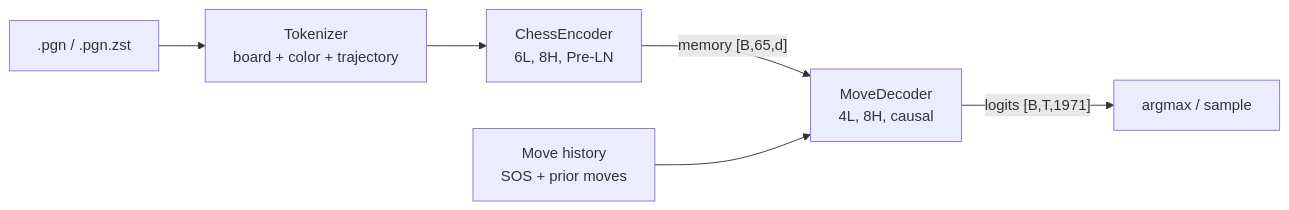
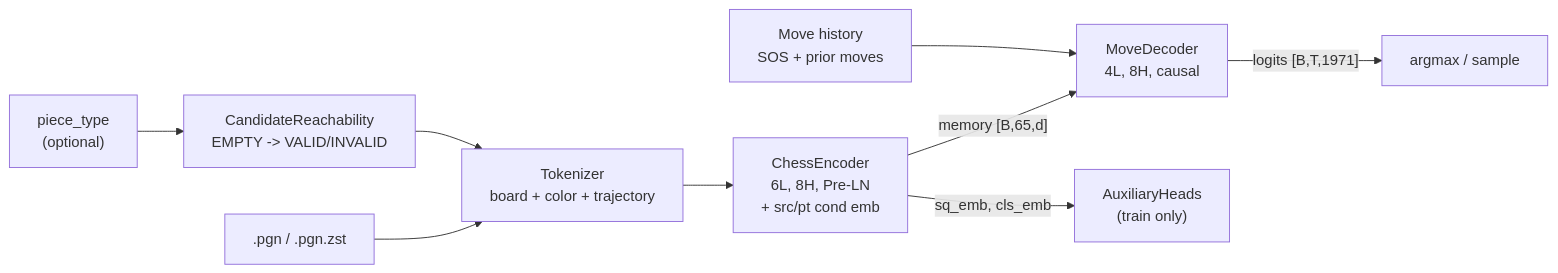
The first of 3 diagrams in README.md (sombersomni/chess-policy-agent), drawn with Mermaid before and after one commit. The commit also changed other lines of this file and 18 other files, not shown here.

````diff
--- a/README.md
+++ b/README.md
@@ -31,8 +31,11 @@
 ```mermaid
 graph LR
     PGN[".pgn / .pgn.zst"] --> TOK["Tokenizer<br/>board + color + trajectory"]
-    TOK --> ENC["ChessEncoder<br/>6L, 8H, Pre-LN"]
+    PT["piece_type<br/>(optional)"] --> CAND["CandidateReachability<br/>EMPTY -> VALID/INVALID"]
+    CAND --> TOK
+    TOK --> ENC["ChessEncoder<br/>6L, 8H, Pre-LN<br/>+ src/pt cond emb"]
     ENC -->|"memory [B,65,d]"| DEC["MoveDecoder<br/>4L, 8H, causal"]
+    ENC -->|"sq_emb, cls_emb"| AUX["AuxiliaryHeads<br/>(train only)"]
     HIST["Move history<br/>SOS + prior moves"] --> DEC
     DEC -->|"logits [B,T,1971]"| PRED["argmax / sample"]
 ```
````
